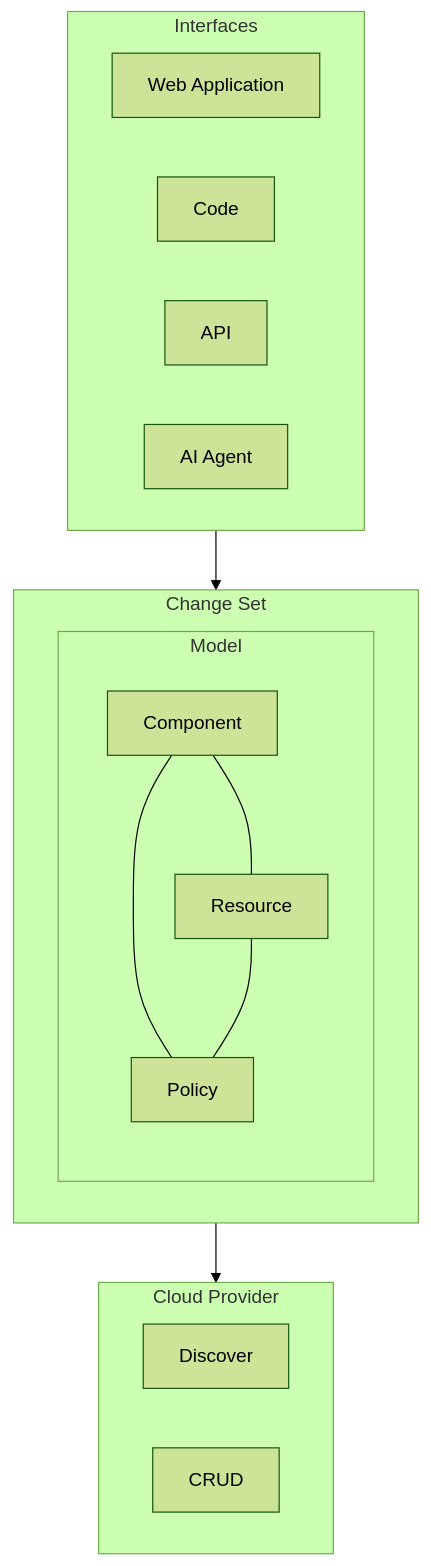
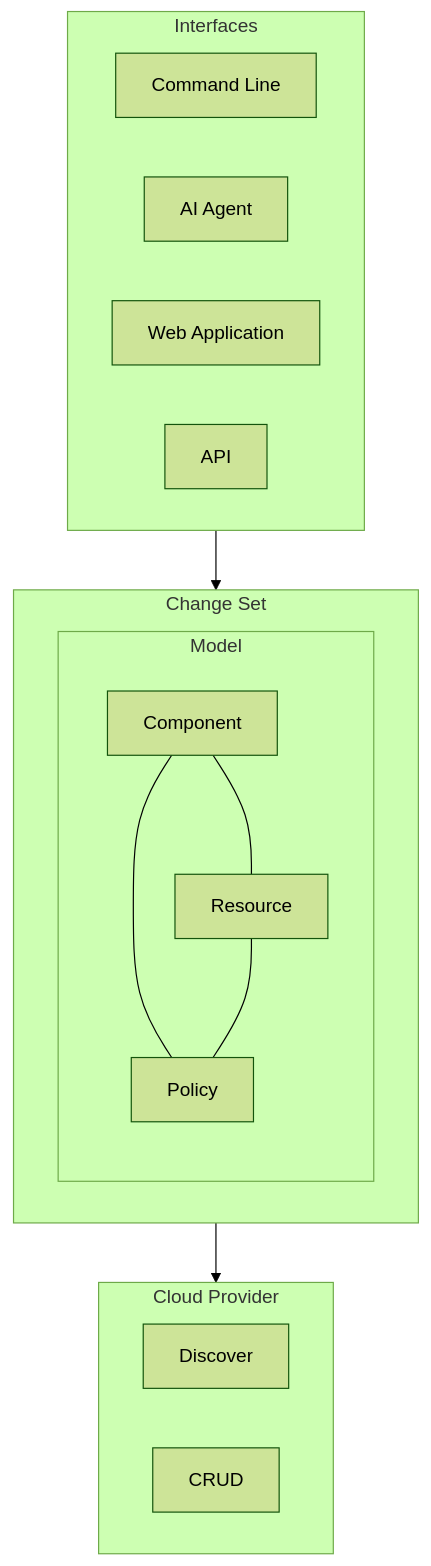
One commit to systeminit/si changed the diagram in app/docs/src/what-is-si.md. Above: the diagram before and after it, drawn with Mermaid (forest theme). The commit also changed other lines of this file, not shown here.

Commit message:
Updating what-is-si for more CLI coverage

````diff
--- a/app/docs/src/what-is-si.md
+++ b/app/docs/src/what-is-si.md
@@ -13,29 +60,29 @@
 ```mermaid
 graph TD
     subgraph Interfaces["Interfaces"]
+        CLI[Command Line]
+        AI[AI Agent]
         WA[Web Application]
-        Code[Code]
         API[API]
-        AI[AI Agent]
     end
 
     subgraph ChangeSet["Change Set"]
         subgraph Model["Model"]
             Component[Component]
             Resource[Resource]
             Policy[Policy]
         end
     end
 
     subgraph CloudProvider["Cloud Provider"]
         Discover[Discover]
         CRUD[CRUD]
     end
 
     Interfaces --> ChangeSet
     ChangeSet --> CloudProvider
 
     Component --- Policy
     Component --- Resource
     Resource --- Policy
 ```
````
